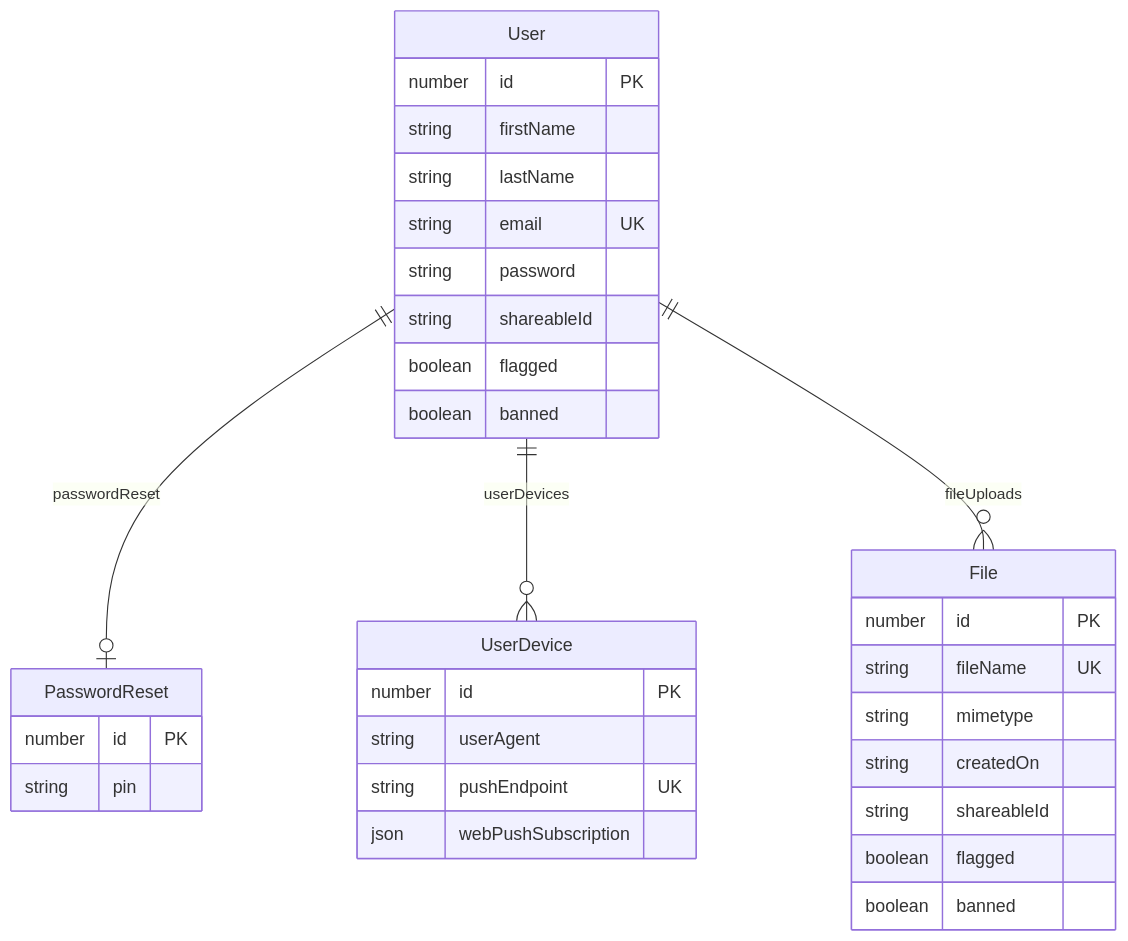
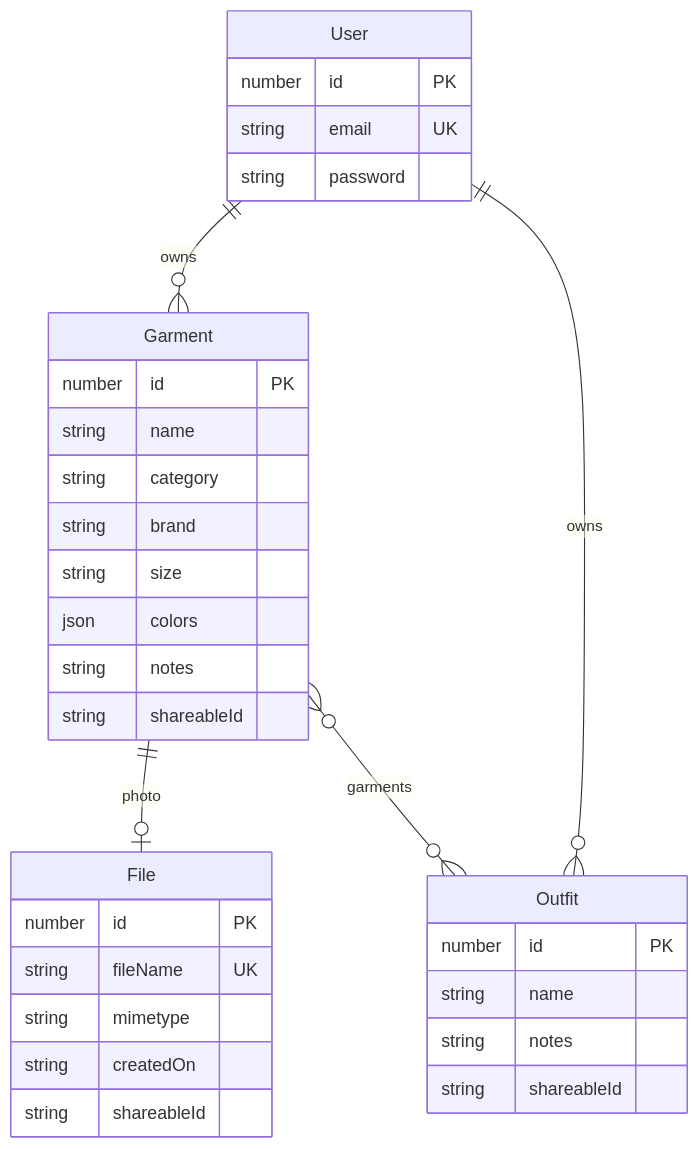
The second of 2 diagrams in README.md (agandhi4/closet), drawn with Mermaid before and after one commit. The commit also changed other lines of this file and 32 other files, not shown here.

````diff
--- a/README.md
+++ b/README.md
@@ -143,39 +75,39 @@
 ```mermaid
 erDiagram
-    User ||--o| PasswordReset : "passwordReset"
-    User ||--o{ UserDevice : "userDevices"
-    User ||--o{ File : "fileUploads"
+    User ||--o{ Garment : owns
+    User ||--o{ Outfit : owns
+    Garment ||--o| File : photo
+    Garment }o--o{ Outfit : "garments"
 
-    User {
+    Garment {
         number id PK
-        string firstName
-        string lastName
-        string email UK
-        string password
+        string name
+        string category
+        string brand
+        string size
+        json colors
+        string notes
         string shareableId
-        boolean flagged
-        boolean banned
     }
 
-    PasswordReset {
+    Outfit {
         number id PK
-        string pin
-    }
-
-    UserDevice {
-        number id PK
-        string userAgent
-        string pushEndpoint UK
-        json webPushSubscription
+        string name
+        string notes
+        string shareableId
     }
 
     File {
         number id PK
         string fileName UK
         string mimetype
         string createdOn
         string shareableId
-        boolean flagged
-        boolean banned
+    }
+
+    User {
+        number id PK
+        string email UK
+        string password
     }
 ```
````
